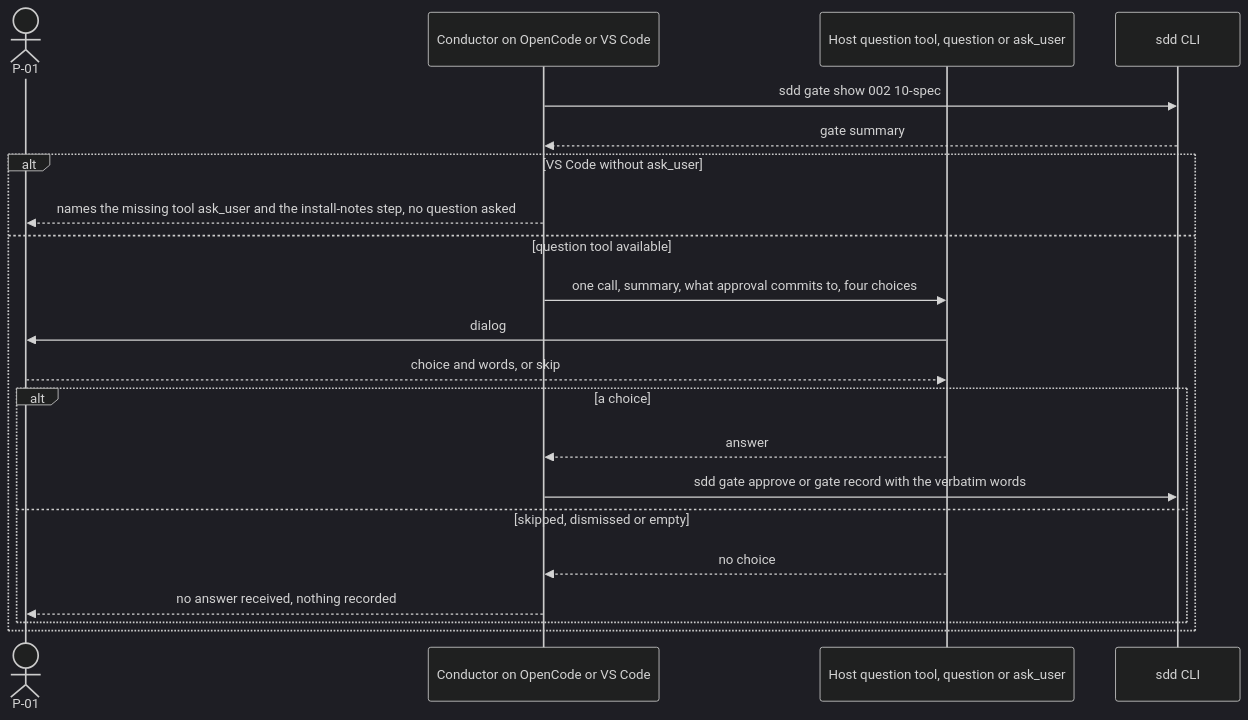
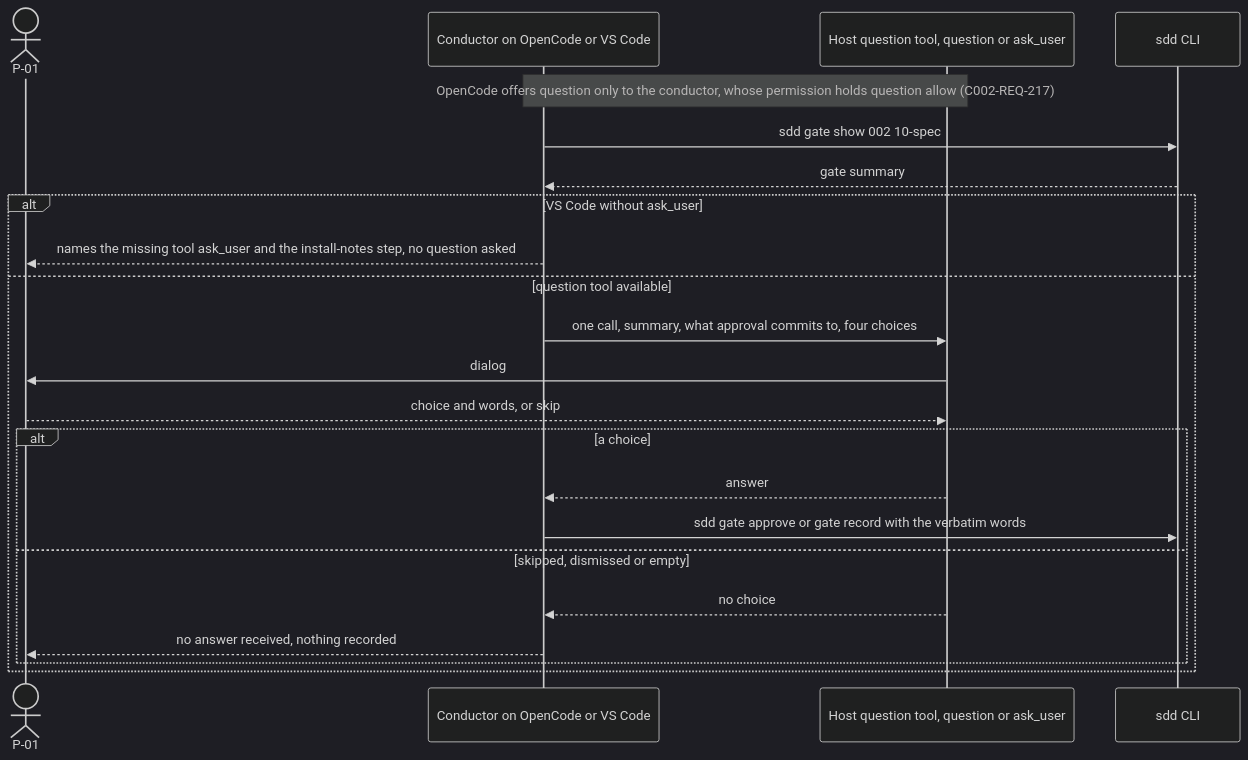
Before and after one commit to jlacube/spec-architect: the eighth of 15 diagrams in .sdd/002-multi-platform-targets/10-spec/60-architecture/architecture.md, drawn with Mermaid (dark theme). The commit also changed other lines of this file and 15 other files, not shown here.

````diff
--- a/.sdd/002-multi-platform-targets/10-spec/60-architecture/architecture.md
+++ b/.sdd/002-multi-platform-targets/10-spec/60-architecture/architecture.md
@@ -653,24 +664,25 @@
 ```mermaid
 sequenceDiagram
   %% F7 gate on a generated target. Realizes C002-TS-217 C002-TS-218 C002-TS-316 C002-TS-318 C002-TS-319
   actor P01 as P-01
   participant C002_COMP_014 as Conductor on OpenCode or VS Code
   participant QT as Host question tool, question or ask_user
   participant C002_COMP_018 as sdd CLI
+  Note over C002_COMP_014,QT: OpenCode offers question only to the conductor, whose permission holds question allow (C002-REQ-217)
   C002_COMP_014->>C002_COMP_018: sdd gate show 002 10-spec
   C002_COMP_018-->>C002_COMP_014: gate summary
   alt VS Code without ask_user
     C002_COMP_014-->>P01: names the missing tool ask_user and the install-notes step, no question asked
   else question tool available
     C002_COMP_014->>QT: one call, summary, what approval commits to, four choices
     QT->>P01: dialog
     P01-->>QT: choice and words, or skip
     alt a choice
       QT-->>C002_COMP_014: answer
       C002_COMP_014->>C002_COMP_018: sdd gate approve or gate record with the verbatim words
     else skipped, dismissed or empty
       QT-->>C002_COMP_014: no choice
       C002_COMP_014-->>P01: no answer received, nothing recorded
     end
   end
 ```
````
